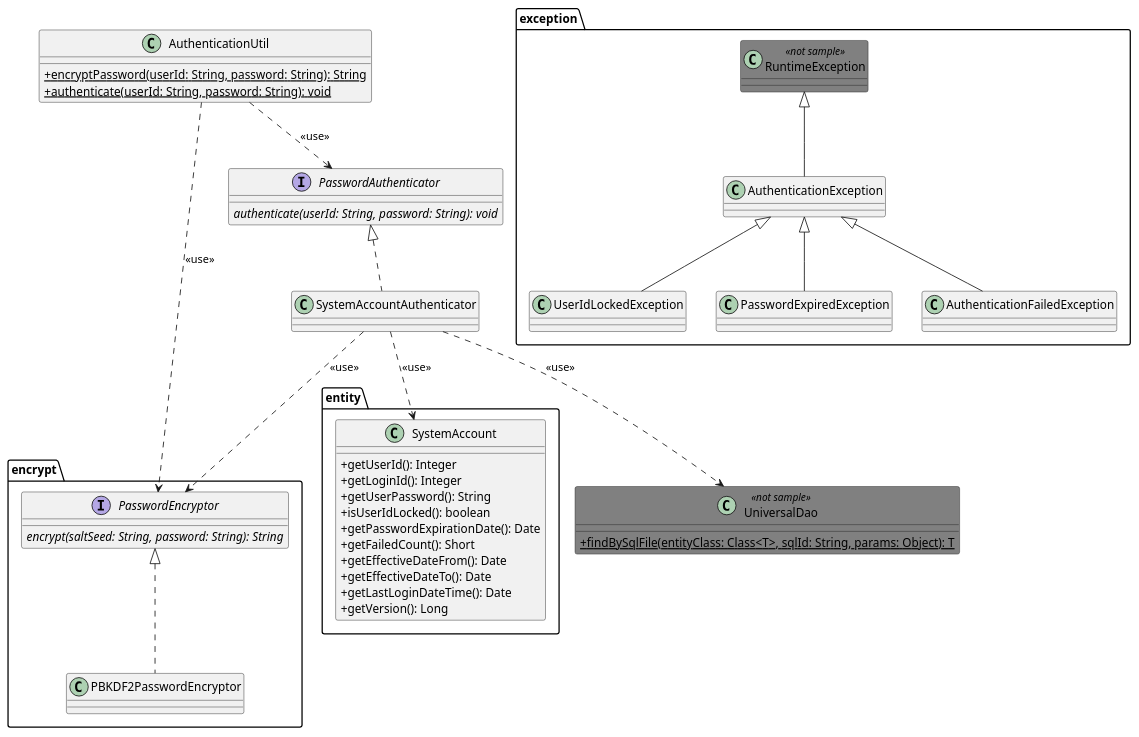
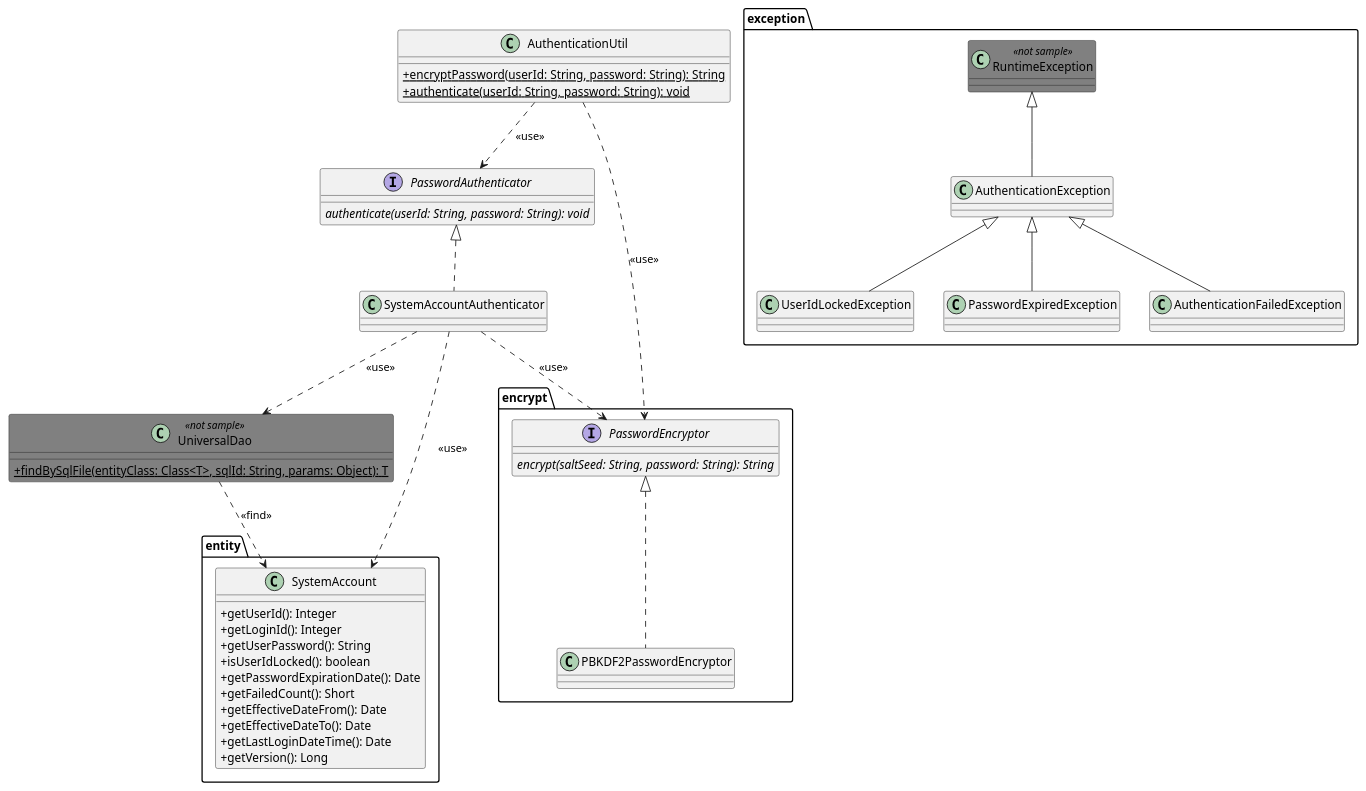
The diagram in ja/examples/01/_images/Authentication_ClassDiagram.pu (nablarch/nablarch-document), drawn with PlantUML before and after one commit.

Commit message:
UniversalDaoとSystemAcccountの関連を追加しました。

```diff
--- a/ja/examples/01/_images/Authentication_ClassDiagram.pu
+++ b/ja/examples/01/_images/Authentication_ClassDiagram.pu
@@ -1,63 +1,65 @@
 @startuml
 
 skinparam class {
     BackgroundColor<<not sample>> Gray
 }
 
 package encrypt {
     interface PasswordEncryptor {
         {abstract} encrypt(saltSeed: String, password: String): String
     }
 
     class PBKDF2PasswordEncryptor implements PasswordEncryptor
 }
 
 package entity {
     class SystemAccount {
         + getUserId(): Integer
         + getLoginId(): Integer
         + getUserPassword(): String
         + isUserIdLocked(): boolean
         + getPasswordExpirationDate(): Date
         + getFailedCount(): Short
         + getEffectiveDateFrom(): Date
         + getEffectiveDateTo(): Date
         + getLastLoginDateTime(): Date
         + getVersion(): Long
     }
 }
 
 package exception {
     class RuntimeException <<not sample>>
 
     class AuthenticationException extends RuntimeException
     class UserIdLockedException extends AuthenticationException
     class PasswordExpiredException extends AuthenticationException
     class AuthenticationFailedException extends AuthenticationException
 }
 
 interface PasswordAuthenticator {
     {abstract} authenticate(userId: String, password: String): void
 }
 
 class SystemAccountAuthenticator implements PasswordAuthenticator
 
 skinparam classAttributeIconSize 0
 class AuthenticationUtil {
     {static} + encryptPassword(userId: String, password: String): String
     {static} + authenticate(userId: String, password: String): void
 }
 
 class UniversalDao <<not sample>> {
     {static} + findBySqlFile(entityClass: Class<T>, sqlId: String, params: Object): T
 
 }
 
 AuthenticationUtil ..> PasswordEncryptor : <<use>>
 AuthenticationUtil ..> PasswordAuthenticator : <<use>>
 
 SystemAccountAuthenticator ..> SystemAccount : <<use>>
 SystemAccountAuthenticator ..> PasswordEncryptor: <<use>>
 SystemAccountAuthenticator ..> UniversalDao : <<use>>
 
+UniversalDao ..> SystemAccount: <<find>>
+
 @enduml
```
